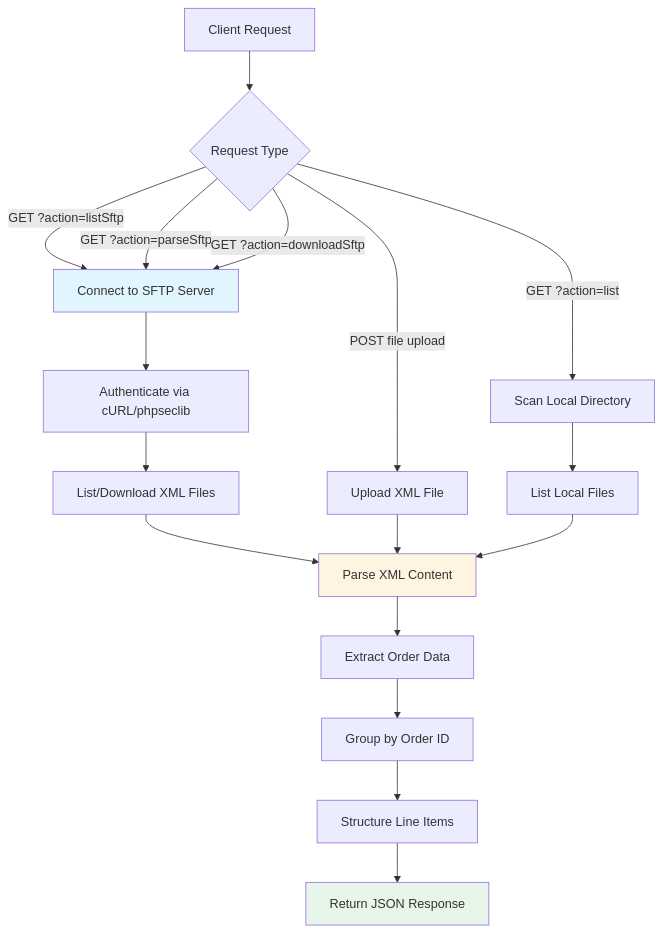
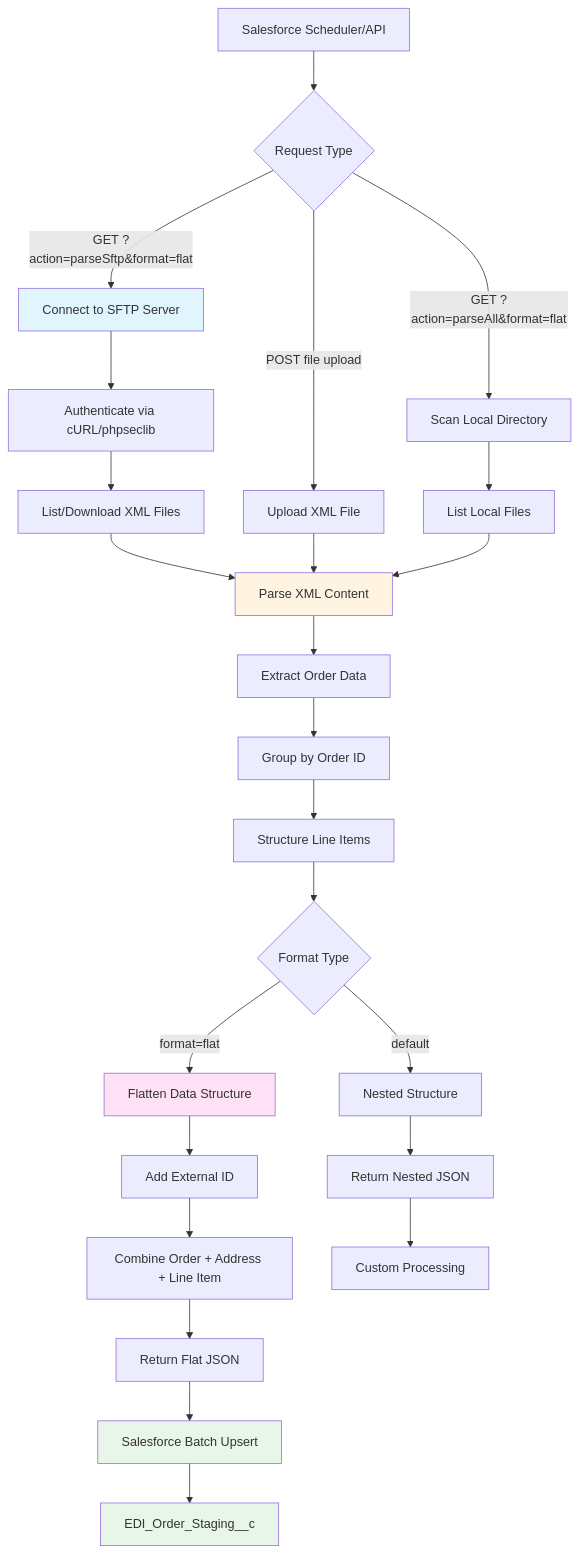
One commit to GoldFinch-Cloud-Solutions/EDI-Parser changed the diagram in README.md. Above: the diagram before and after it, drawn with Mermaid. The commit also changed other lines of this file, not shown here.

Commit message:
Updated the documentation for flat flow.

````diff
--- a/README.md
+++ b/README.md
@@ -18,26 +18,40 @@
 ```mermaid
 flowchart TD
-    A[Client Request] --> B{Request Type}
-    B -->|GET ?action=listSftp| C[Connect to SFTP Server]
-    B -->|GET ?action=parseSftp| C
-    B -->|GET ?action=downloadSftp| C
+    A[Salesforce Scheduler/API] --> B{Request Type}
+    B -->|GET ?action=parseSftp&format=flat| C[Connect to SFTP Server]
+    B -->|GET ?action=parseAll&format=flat| H[Scan Local Directory]
     B -->|POST file upload| G[Upload XML File]
-    B -->|GET ?action=list| H[Scan Local Directory]
 
     C --> D[Authenticate via cURL/phpseclib]
     D --> E[List/Download XML Files]
     E --> F[Parse XML Content]
 
     G --> F
     H --> I[List Local Files]
     I --> F
 
     F --> J[Extract Order Data]
     J --> K[Group by Order ID]
     K --> L[Structure Line Items]
-    L --> M[Return JSON Response]
+    L --> M{Format Type}
+
+    M -->|format=flat| N[Flatten Data Structure]
+    M -->|default| O[Nested Structure]
+
+    N --> P[Add External ID]
+    P --> Q[Combine Order + Address + Line Item]
+    Q --> R[Return Flat JSON]
+
+    O --> S[Return Nested JSON]
+
+    R --> T[Salesforce Batch Upsert]
+    T --> U[EDI_Order_Staging__c]
+
+    S --> V[Custom Processing]
 
     style C fill:#e1f5ff
     style F fill:#fff4e1
-    style M fill:#e8f5e9
+    style N fill:#ffe1f5
+    style T fill:#e8f5e9
+    style U fill:#e8f5e9
 ```
````
